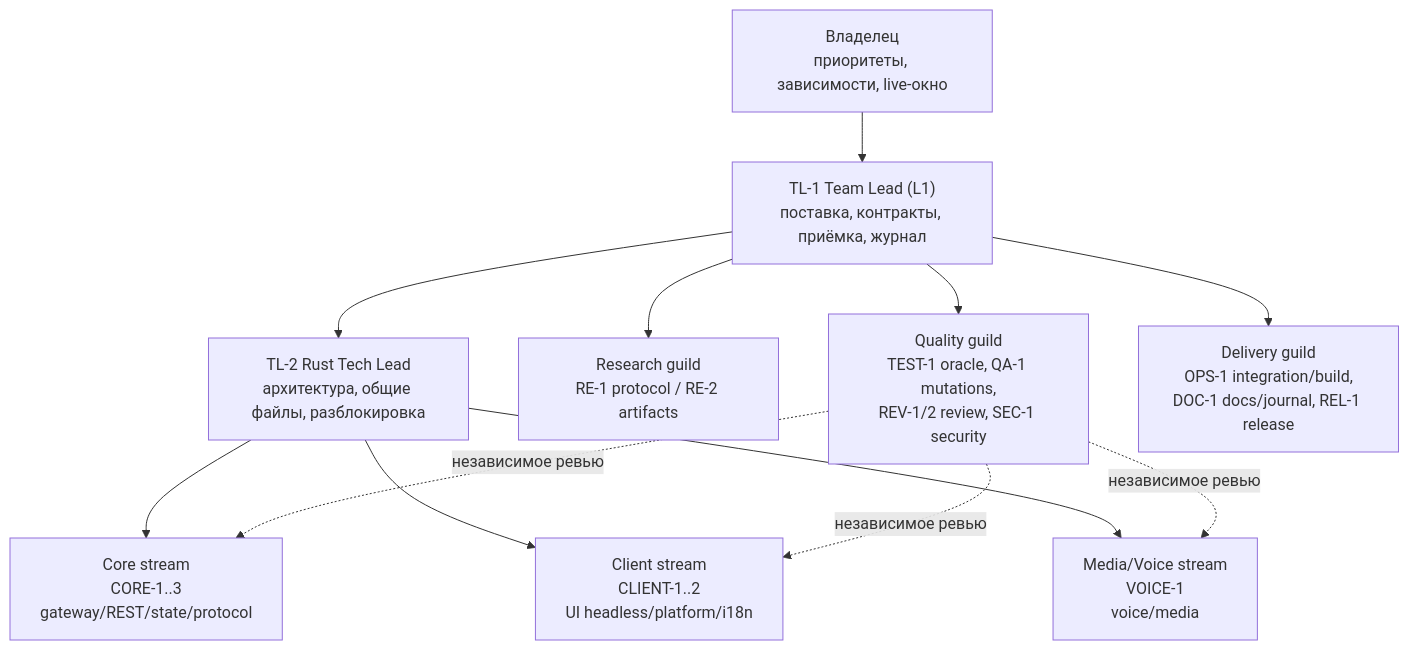
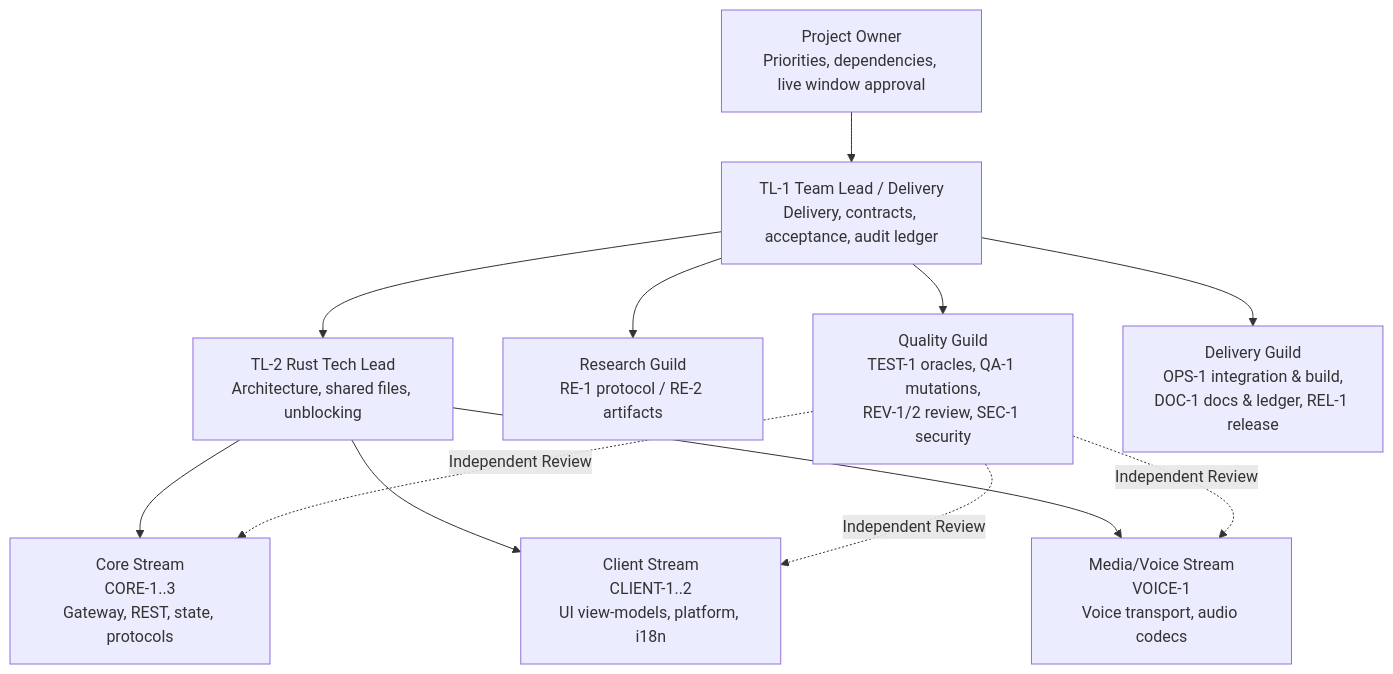
One commit to Userbash/chord changed the first of 2 diagrams in docs/rust-client/TEAM.md. Above: the diagram before and after it, drawn with Mermaid. The commit also changed other lines of this file and 2279 other files, not shown here.

````diff
--- a/docs/rust-client/TEAM.md
+++ b/docs/rust-client/TEAM.md
@@ -24,17 +15,17 @@
 ```mermaid
 flowchart TB
-  OWNER["Владелец<br/>приоритеты, зависимости, live-окно"] --> TL["TL-1 Team Lead (L1)<br/>поставка, контракты, приёмка, журнал"]
-  TL --> TECHL["TL-2 Rust Tech Lead<br/>архитектура, общие файлы, разблокировка"]
+  OWNER["Project Owner<br/>Priorities, dependencies, live window approval"] --> TL["TL-1 Team Lead / Delivery<br/>Delivery, contracts, acceptance, audit ledger"]
+  TL --> TECHL["TL-2 Rust Tech Lead<br/>Architecture, shared files, unblocking"]
 
-  TECHL --> CORE["Core stream<br/>CORE-1..3<br/>gateway/REST/state/protocol"]
-  TECHL --> CLIENT["Client stream<br/>CLIENT-1..2<br/>UI headless/platform/i18n"]
-  TECHL --> VOICE["Media/Voice stream<br/>VOICE-1<br/>voice/media"]
+  TECHL --> CORE["Core Stream<br/>CORE-1..3<br/>Gateway, REST, state, protocols"]
+  TECHL --> CLIENT["Client Stream<br/>CLIENT-1..2<br/>UI view-models, platform, i18n"]
+  TECHL --> VOICE["Media/Voice Stream<br/>VOICE-1<br/>Voice transport, audio codecs"]
 
-  TL --> RESEARCH["Research guild<br/>RE-1 protocol / RE-2 artifacts"]
-  TL --> QUALITY["Quality guild<br/>TEST-1 oracle, QA-1 mutations,<br/>REV-1/2 review, SEC-1 security"]
-  TL --> OPS["Delivery guild<br/>OPS-1 integration/build,<br/>DOC-1 docs/journal, REL-1 release"]
+  TL --> RESEARCH["Research Guild<br/>RE-1 protocol / RE-2 artifacts"]
+  TL --> QUALITY["Quality Guild<br/>TEST-1 oracles, QA-1 mutations,<br/>REV-1/2 review, SEC-1 security"]
+  TL --> OPS["Delivery Guild<br/>OPS-1 integration & build,<br/>DOC-1 docs & ledger, REL-1 release"]
 
-  QUALITY -. "независимое ревью" .-> CORE
-  QUALITY -. "независимое ревью" .-> CLIENT
-  QUALITY -. "независимое ревью" .-> VOICE
+  QUALITY -. "Independent Review" .-> CORE
+  QUALITY -. "Independent Review" .-> CLIENT
+  QUALITY -. "Independent Review" .-> VOICE
 ```
````
